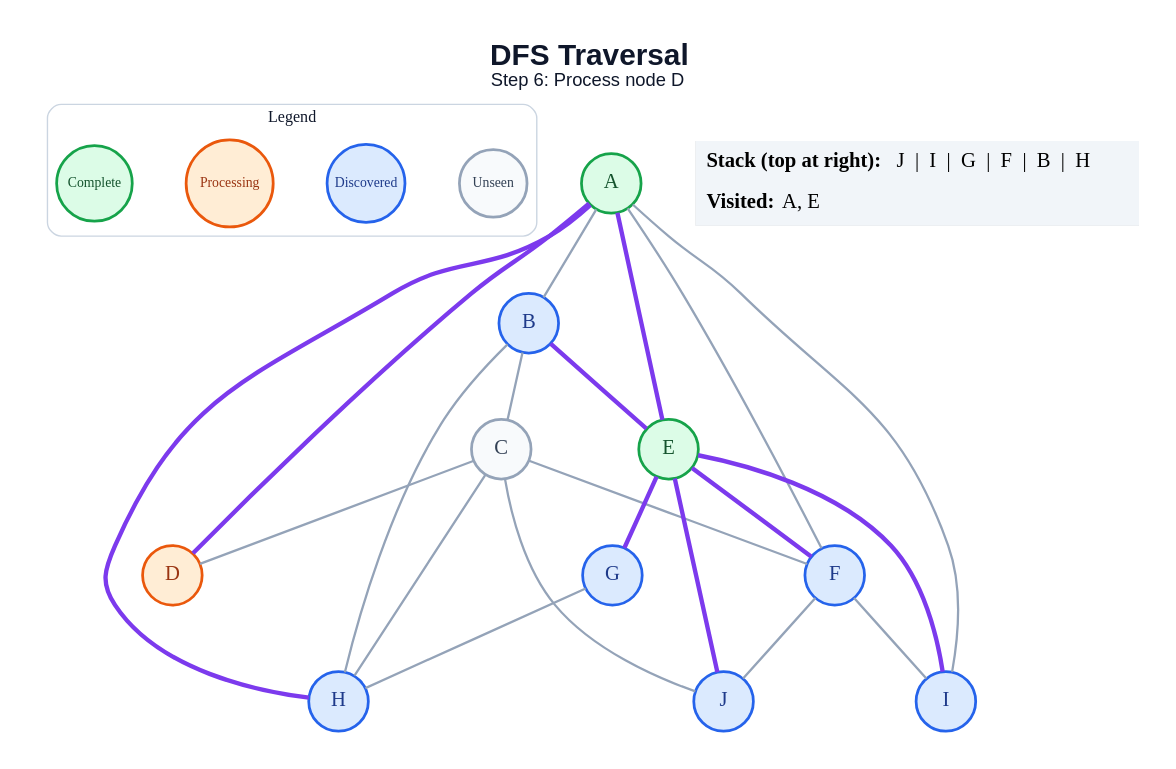
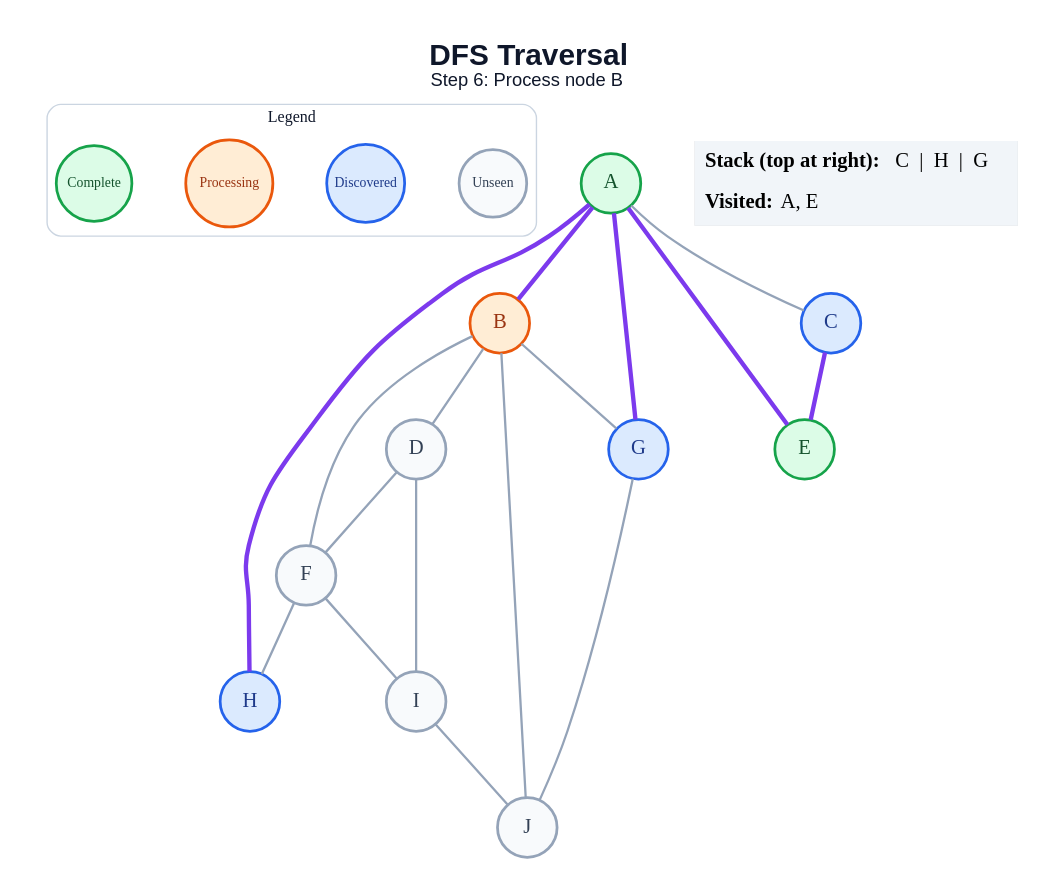
One commit to amanghodawala9/ai-slop changed the diagram in generated/specific-node/dfs/step_06.dot. Above: the diagram before and after it, drawn with Graphviz. The commit also changed 178 other files, not shown here.

```diff
--- a/generated/specific-node/dfs/step_06.dot
+++ b/generated/specific-node/dfs/step_06.dot
@@ -1,49 +1,45 @@
 graph traversal {
   graph [layout=dot, rankdir=TB, bgcolor="#FFFFFF", pad="0.35", nodesep="0.65", ranksep="0.8", fontname="Arial"];
   node [shape=circle, style="filled", fontname="Arial Bold", fontsize=18, width=0.72, fixedsize=true, penwidth=2.4];
   edge [color="#94A3B8", penwidth=2.0];
-  label=<<B>DFS Traversal</B><BR/><FONT POINT-SIZE="16">Step 6: Process node D</FONT>>; labelloc="t"; fontsize=26; fontname="Arial"; fontcolor="#0F172A";
+  label=<<B>DFS Traversal</B><BR/><FONT POINT-SIZE="16">Step 6: Process node B</FONT>>; labelloc="t"; fontsize=26; fontname="Arial"; fontcolor="#0F172A";
   subgraph cluster_legend { label="Legend"; color="#CBD5E1"; penwidth=1.2; style="rounded"; fontsize=14; fontname="Arial Bold";
     key_unseen [label="Unseen", fillcolor="#F8FAFC", color="#94A3B8", fontcolor="#334155", fontsize=12, width=0.82];
     key_frontier [label="Discovered", fillcolor="#DBEAFE", color="#2563EB", fontcolor="#1E3A8A", fontsize=12, width=0.95];
     key_current [label="Processing", fillcolor="#FFEDD5", color="#EA580C", fontcolor="#9A3412", fontsize=12, width=1.05];
     key_done [label="Complete", fillcolor="#DCFCE7", color="#16A34A", fontcolor="#14532D", fontsize=12, width=0.92];
     { rank=same; key_unseen; key_frontier; key_current; key_done; }
   }
   A [fillcolor="#DCFCE7", color="#16A34A", fontcolor="#14532D"];
-  B [fillcolor="#DBEAFE", color="#2563EB", fontcolor="#1E3A8A"];
-  C [fillcolor="#F8FAFC", color="#94A3B8", fontcolor="#334155"];
-  D [fillcolor="#FFEDD5", color="#EA580C", fontcolor="#9A3412"];
+  B [fillcolor="#FFEDD5", color="#EA580C", fontcolor="#9A3412"];
+  C [fillcolor="#DBEAFE", color="#2563EB", fontcolor="#1E3A8A"];
+  D [fillcolor="#F8FAFC", color="#94A3B8", fontcolor="#334155"];
   E [fillcolor="#DCFCE7", color="#16A34A", fontcolor="#14532D"];
-  F [fillcolor="#DBEAFE", color="#2563EB", fontcolor="#1E3A8A"];
+  F [fillcolor="#F8FAFC", color="#94A3B8", fontcolor="#334155"];
   G [fillcolor="#DBEAFE", color="#2563EB", fontcolor="#1E3A8A"];
   H [fillcolor="#DBEAFE", color="#2563EB", fontcolor="#1E3A8A"];
-  I [fillcolor="#DBEAFE", color="#2563EB", fontcolor="#1E3A8A"];
-  J [fillcolor="#DBEAFE", color="#2563EB", fontcolor="#1E3A8A"];
-  A -- B;
-  A -- D [color="#7C3AED", penwidth=3.8];
+  I [fillcolor="#F8FAFC", color="#94A3B8", fontcolor="#334155"];
+  J [fillcolor="#F8FAFC", color="#94A3B8", fontcolor="#334155"];
+  A -- B [color="#7C3AED", penwidth=3.8];
+  A -- C;
   A -- E [color="#7C3AED", penwidth=3.8];
-  A -- F;
+  A -- G [color="#7C3AED", penwidth=3.8];
   A -- H [color="#7C3AED", penwidth=3.8];
-  A -- I;
-  B -- C;
-  B -- E [color="#7C3AED", penwidth=3.8];
-  B -- H;
-  C -- D;
-  C -- F;
-  C -- H;
-  C -- J;
-  E -- F [color="#7C3AED", penwidth=3.8];
-  E -- G [color="#7C3AED", penwidth=3.8];
-  E -- I [color="#7C3AED", penwidth=3.8];
-  E -- J [color="#7C3AED", penwidth=3.8];
+  B -- D;
+  B -- F;
+  B -- G;
+  B -- J;
+  C -- E [color="#7C3AED", penwidth=3.8];
+  D -- F;
+  D -- I;
+  F -- H;
   F -- I;
-  F -- J;
-  G -- H;
+  G -- J;
+  I -- J;
   status [shape=plain, fixedsize=false, width=0, height=0, margin=0, label=<
     <TABLE BORDER="0" CELLBORDER="0" CELLPADDING="7" BGCOLOR="#F1F5F9">
-      <TR><TD ALIGN="LEFT"><B>Stack (top at right):</B> J  |  I  |  G  |  F  |  B  |  H</TD></TR>
+      <TR><TD ALIGN="LEFT"><B>Stack (top at right):</B> C  |  H  |  G</TD></TR>
       <TR><TD ALIGN="LEFT"><B>Visited:</B> A, E</TD></TR>
     </TABLE>
   >];
 }
```
